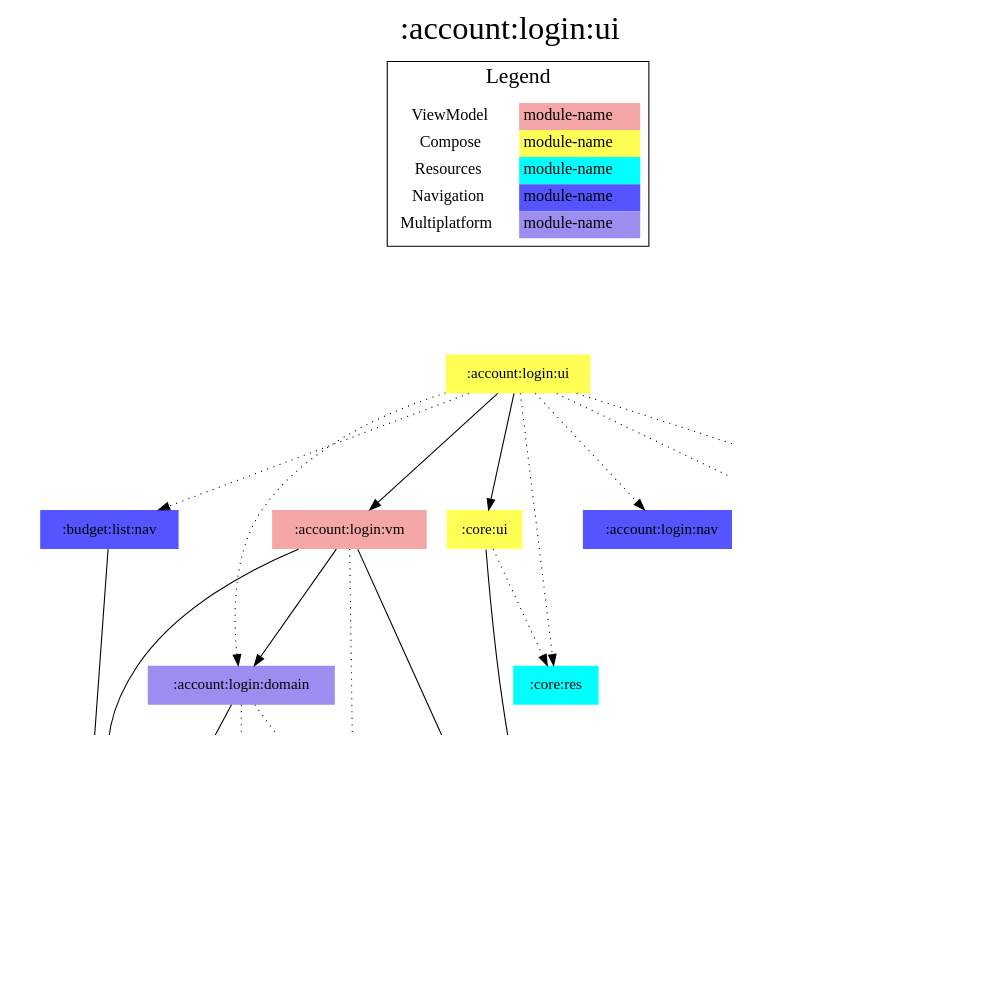
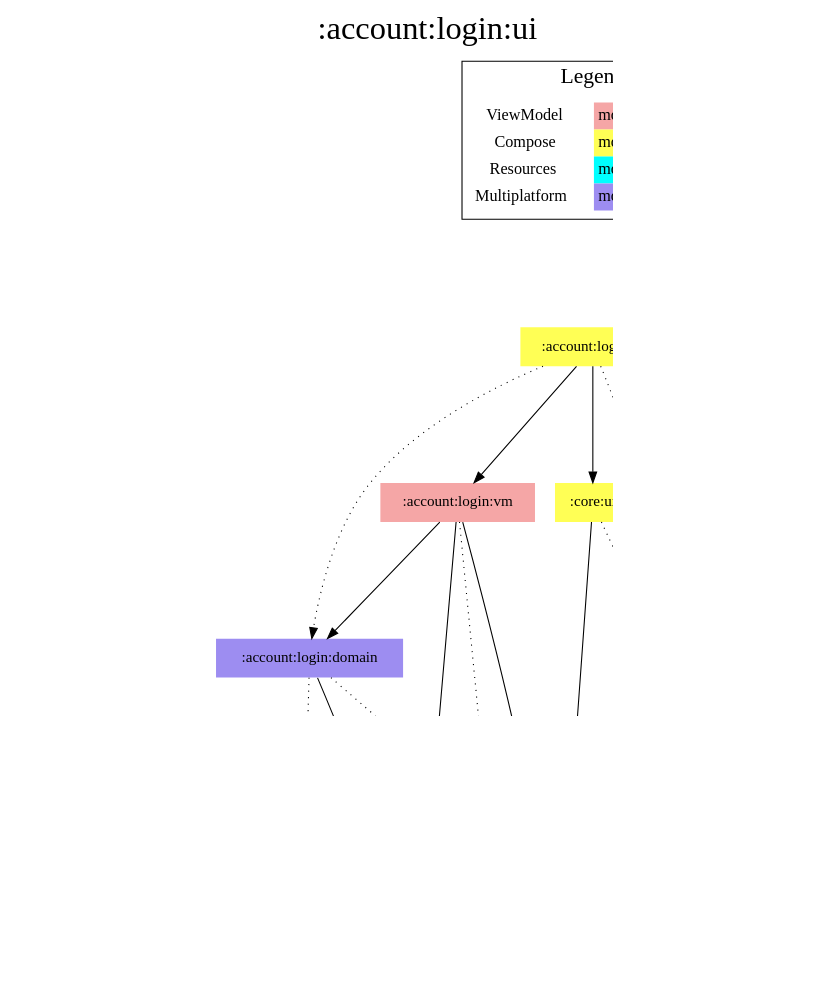
One commit to jonapoul/aktual changed the diagram in modules/account/login/ui/modules.dot. Above: the diagram before and after it, drawn with Graphviz. The commit also changed 66 other files, not shown here.

```diff
--- a/modules/account/login/ui/modules.dot
+++ b/modules/account/login/ui/modules.dot
@@ -1,61 +1,53 @@
 digraph {
 edge ["dir"="forward"]
 graph ["dpi"="100","label"=":account:login:ui","labelloc"="t","fontsize"="30","ranksep"="1.5","rankdir"="TB"]
 node ["style"="filled"]
 ":account:login:domain" ["fillcolor"="#9D8DF1","shape"="none"]
-":account:login:nav" ["fillcolor"="#5555FF","shape"="none"]
 ":account:login:res" ["fillcolor"="#00FFFF","shape"="none"]
 ":account:login:ui" ["fillcolor"="#FFFF55","shape"="none"]
 ":account:login:vm" ["fillcolor"="#F5A6A6","shape"="none"]
 ":account:model" ["fillcolor"="#9D8DF1","shape"="none"]
 ":api:actual" ["fillcolor"="#9D8DF1","shape"="none"]
-":budget:list:nav" ["fillcolor"="#5555FF","shape"="none"]
 ":budget:model" ["fillcolor"="#9D8DF1","shape"="none"]
 ":codegen:annotation" ["fillcolor"="#9D8DF1","shape"="none"]
 ":core:model" ["fillcolor"="#9D8DF1","shape"="none"]
 ":core:res" ["fillcolor"="#00FFFF","shape"="none"]
 ":core:ui" ["fillcolor"="#FFFF55","shape"="none"]
 ":prefs" ["fillcolor"="#9D8DF1","shape"="none"]
-":url:nav" ["fillcolor"="#5555FF","shape"="none"]
 {
 edge ["dir"="none"]
 graph ["rank"="same"]
 }
 ":account:login:domain" -> ":account:model"
 ":account:login:domain" -> ":api:actual" ["style"="dotted"]
 ":account:login:domain" -> ":prefs" ["style"="dotted"]
 ":account:login:ui" -> ":account:login:domain" ["style"="dotted"]
-":account:login:ui" -> ":account:login:nav" ["style"="dotted"]
 ":account:login:ui" -> ":account:login:res" ["style"="dotted"]
 ":account:login:ui" -> ":account:login:vm"
-":account:login:ui" -> ":budget:list:nav" ["style"="dotted"]
 ":account:login:ui" -> ":core:res" ["style"="dotted"]
 ":account:login:ui" -> ":core:ui"
-":account:login:ui" -> ":url:nav" ["style"="dotted"]
 ":account:login:vm" -> ":account:login:domain"
 ":account:login:vm" -> ":account:model"
 ":account:login:vm" -> ":core:model"
 ":account:login:vm" -> ":prefs" ["style"="dotted"]
 ":api:actual" -> ":account:model"
 ":api:actual" -> ":budget:model"
 ":api:actual" -> ":codegen:annotation" ["style"="dotted"]
 ":api:actual" -> ":core:model"
-":budget:list:nav" -> ":account:model"
 ":core:ui" -> ":core:model"
 ":core:ui" -> ":core:res" ["style"="dotted"]
 ":prefs" -> ":account:model"
 ":prefs" -> ":core:model"
 subgraph "cluster_legend" {
 edge ["dir"="none"]
 graph ["label"="Legend","fontsize"="20"]
 "Legend" ["style"="filled","fillcolor"="#FFFFFF","shape"="none","margin"="0","fontsize"="15","label"=<
 <TABLE BORDER="0" CELLBORDER="0" CELLSPACING="0" CELLPADDING="4">
 <TR><TD>ViewModel</TD><TD BGCOLOR="#F5A6A6">module-name</TD></TR>
 <TR><TD>Compose</TD><TD BGCOLOR="#FFFF55">module-name</TD></TR>
 <TR><TD>Resources</TD><TD BGCOLOR="#00FFFF">module-name</TD></TR>
-<TR><TD>Navigation</TD><TD BGCOLOR="#5555FF">module-name</TD></TR>
 <TR><TD>Multiplatform</TD><TD BGCOLOR="#9D8DF1">module-name</TD></TR>
 </TABLE>
 >]
 } -> ":account:login:ui" ["style"="invis"]
 }
```
